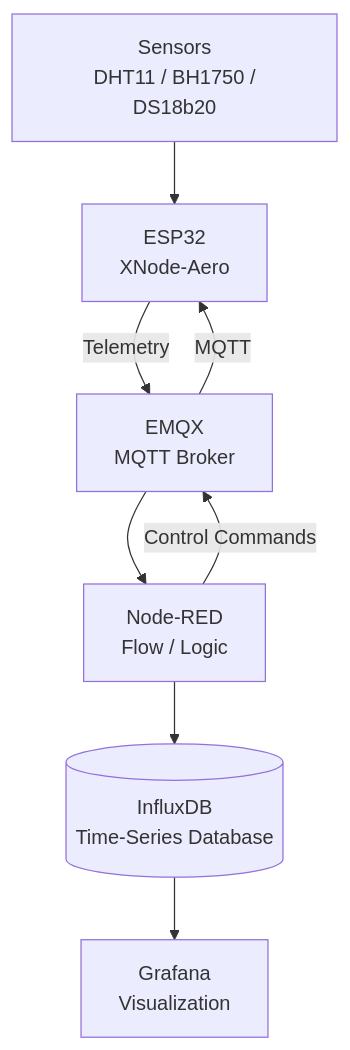
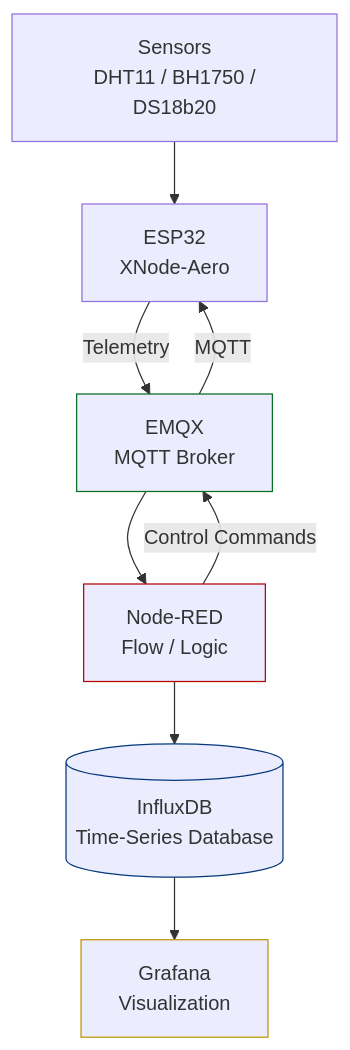
Before and after one commit to X-Mind-World/XNode: the diagram in XNode-Aero/README-FA.md, drawn with Mermaid.

````diff
--- a/XNode-Aero/README-FA.md
+++ b/XNode-Aero/README-FA.md
@@ -27,17 +27,21 @@
 ```mermaid
 flowchart TB
     A["Sensors<br/> DHT11 / BH1750 / DS18b20"]
     B["ESP32<br/> XNode-Aero"]
     C["EMQX<br/> MQTT Broker"]
     D["Node-RED<br/> Flow / Logic"]
     E[("InfluxDB<br/> Time-Series Database")]
     F["Grafana<br/> Visualization"]
     A --> B
     B -->|"Telemetry"| C
     C --> D
     D --> E
     E --> F
     D -->|"Control Commands"| C
     C -->|"MQTT"| B
+    style C stroke:#066f20
+    style D stroke:#b70606
+    style E stroke:#04387c
+    style F stroke:#be9604
     %% mermaid-flow:pos A=153,90 B=153,200 C=153,310 D=153,420 E=153,530 F=153,640
 ```
````
